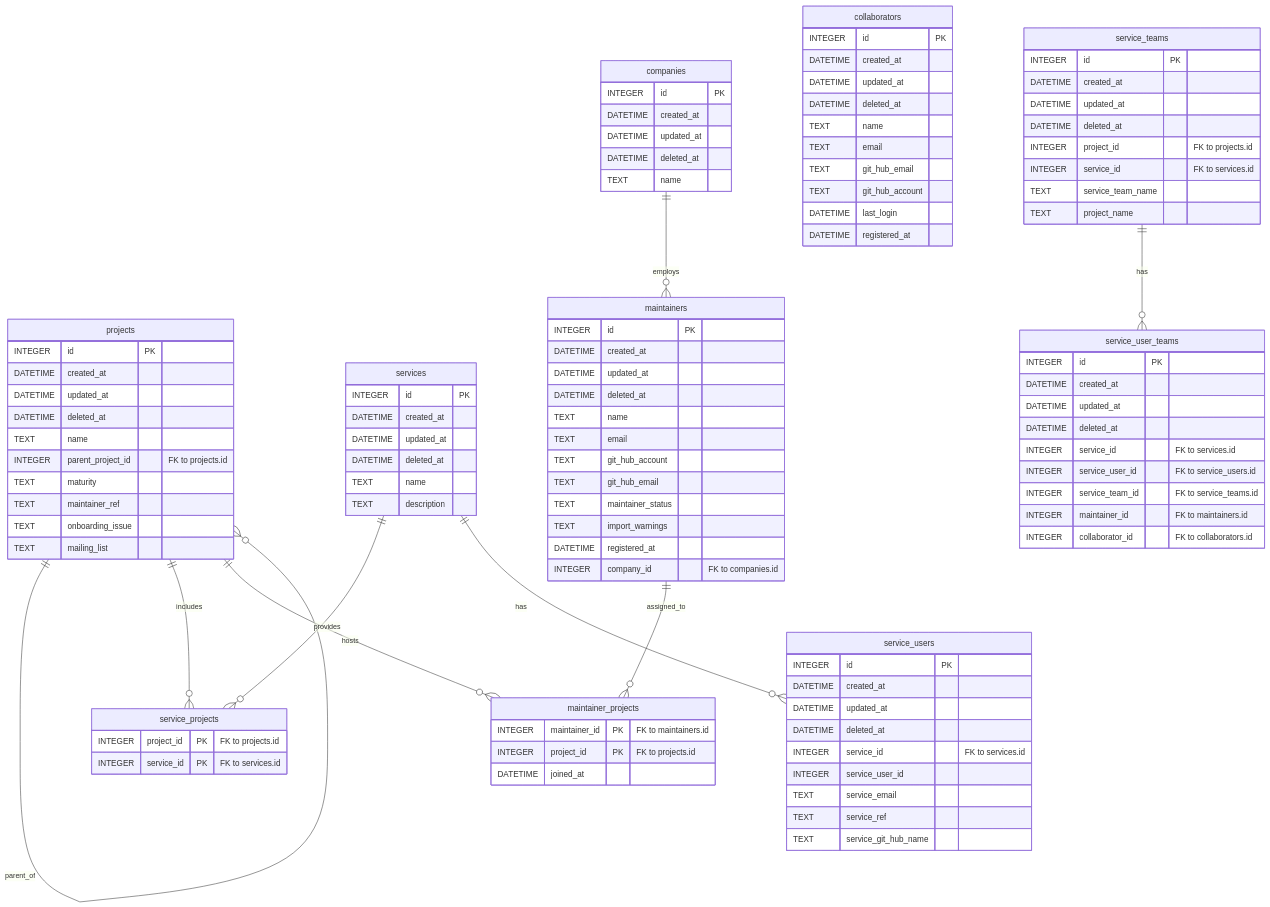
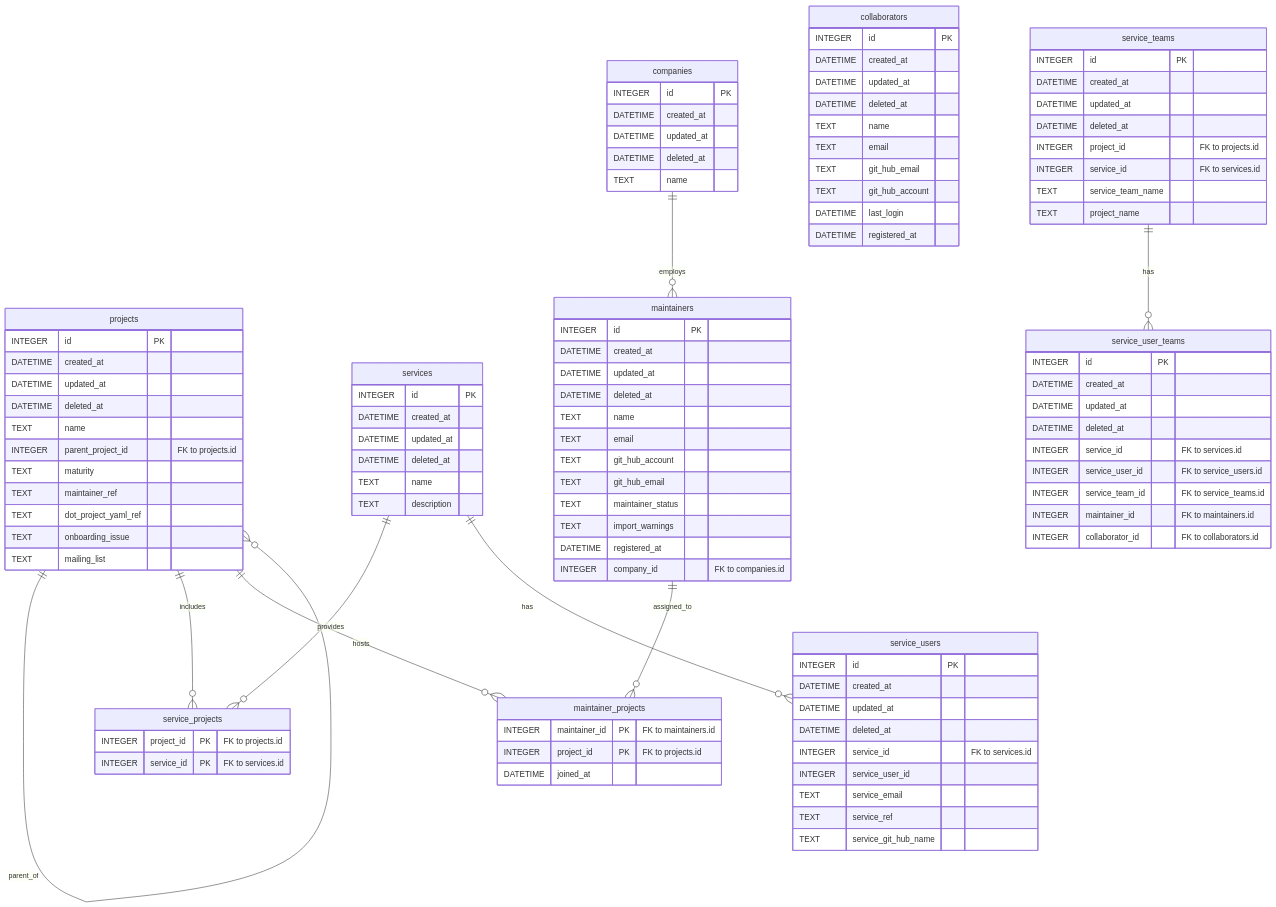
Before and after one commit to julioc-p/maintainer-d: the second of 2 diagrams in deploy/README.MD, drawn with Mermaid. The commit also changed 8 other files, not shown here.

```diff
--- a/deploy/README.MD
+++ b/deploy/README.MD
@@ -54,6 +54,7 @@
         INTEGER parent_project_id "FK to projects.id"
         TEXT maturity
         TEXT maintainer_ref
+        TEXT dot_project_yaml_ref
         TEXT onboarding_issue
         TEXT mailing_list
     }
```
